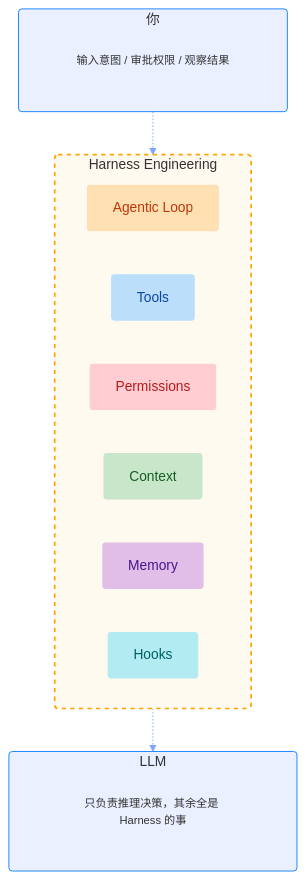
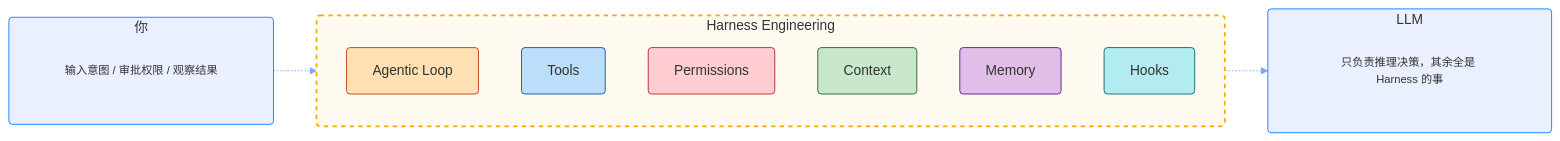
One commit to youngluo/thinking changed the first of 4 diagrams in apps/docs/experiences/Agent/Harness.md. Above: the diagram before and after it, drawn with Mermaid. The commit also changed other lines of this file and 15 other files, not shown here.

````diff
--- a/apps/docs/experiences/Agent/Harness.md
+++ b/apps/docs/experiences/Agent/Harness.md
@@ -13,38 +13,35 @@
 ```mermaid
 %%{init: {'themeVariables': {'lineColor': '#7fa3ff'}}}%%
-graph TD
+graph LR
     subgraph U ["你"]
         A1["输入意图 / 审批权限 / 观察结果"]
     end
 
     subgraph H ["Harness Engineering"]
         B1["Agentic Loop"]
         B2["Tools"]
         B6["Permissions"]
         B3["Context"]
         B4["Memory"]
         B5["Hooks"]
     end
 
     subgraph L ["LLM"]
         C1["只负责推理决策，其余全是 Harness 的事"]
     end
 
     U -.-> H
     H -.-> L
 
     style U fill:#7fa3ff29,stroke:#07f,stroke-width:1px,rx:4,ry:4
+    style A1 fill:none,stroke:none,font-size:13px
     style H fill:#fffaf0,stroke:#ffa500,stroke-width:2px,stroke-dasharray:5,5,rx:4,ry:4
     style L fill:#7fa3ff29,stroke:#07f,stroke-width:1px,rx:4,ry:4
-    style B1 fill:#ffe0b2,stroke:none,color:#bf360c,rx:4,ry:4
-    style B2 fill:#bbdefb,stroke:none,color:#0d47a1,rx:4,ry:4
-    style B3 fill:#c8e6c9,stroke:none,color:#1b5e20,rx:4,ry:4
-    style B4 fill:#e1bee7,stroke:none,color:#4a148c,rx:4,ry:4
-    style B5 fill:#b2ebf2,stroke:none,color:#006064,rx:4,ry:4
-    style B6 fill:#ffcdd2,stroke:none,color:#b71c1c,rx:4,ry:4
-
-    classDef note fill:none,stroke:none,color:#333,font-size:13px
-
-    class A1 note;
-    class C1 note;
+    style C1 fill:none,stroke:none,font-size:13px
+    style B1 fill:#ffe0b2,stroke:#bf360c,stroke-width:1px,rx:4,ry:4
+    style B2 fill:#bbdefb,stroke:#0d47a1,stroke-width:1px,rx:4,ry:4
+    style B3 fill:#c8e6c9,stroke:#1b5e20,stroke-width:1px,rx:4,ry:4
+    style B4 fill:#e1bee7,stroke:#4a148c,stroke-width:1px,rx:4,ry:4
+    style B5 fill:#b2ebf2,stroke:#006064,stroke-width:1px,rx:4,ry:4
+    style B6 fill:#ffcdd2,stroke:#b71c1c,stroke-width:1px,rx:4,ry:4
 ```
````
